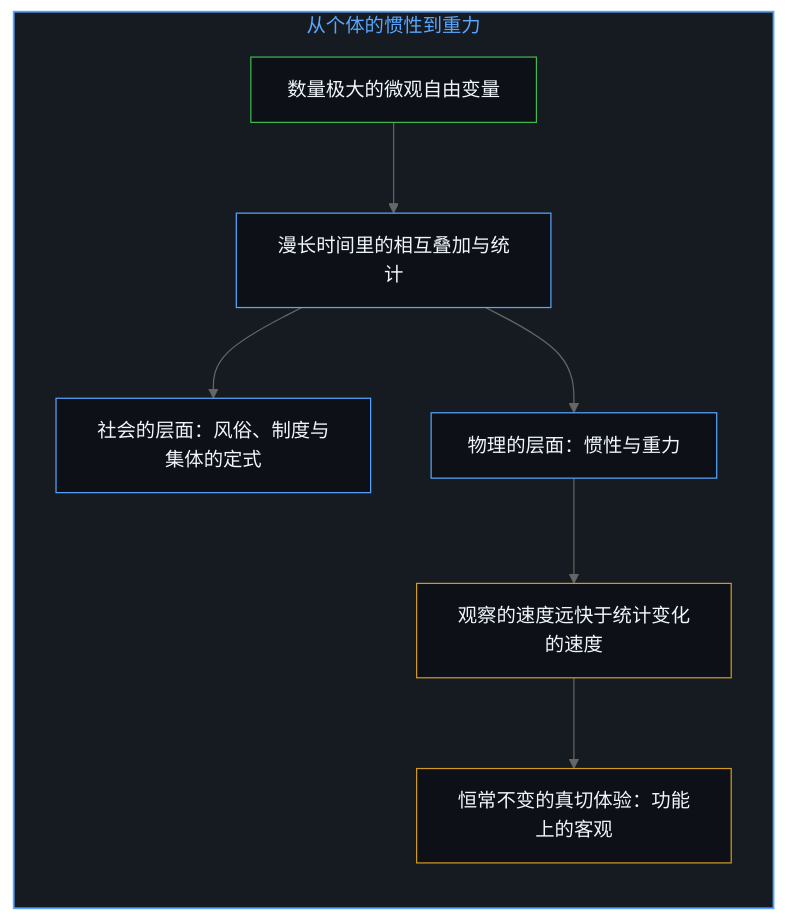
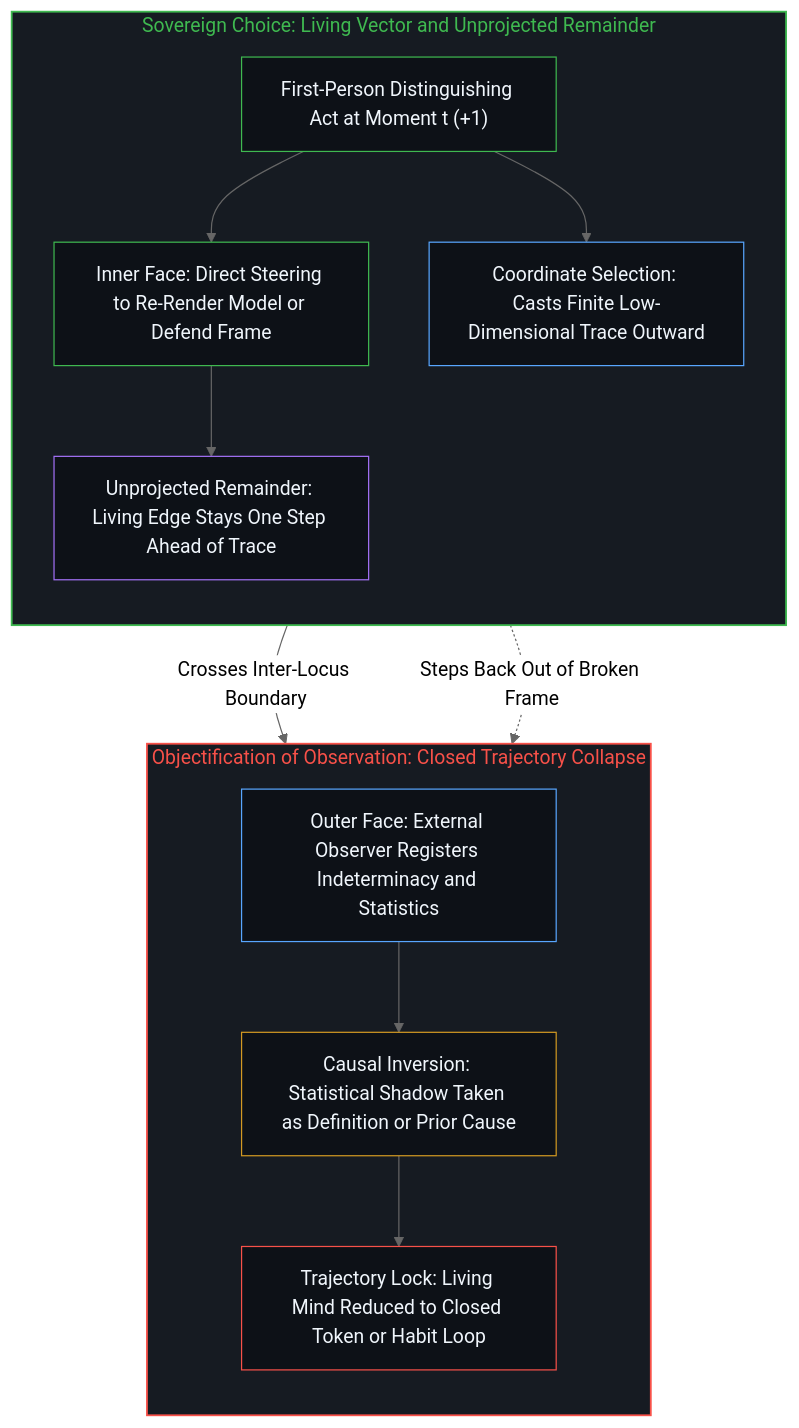
One commit to powerpig99/not-a-toe changed the second of 2 diagrams in content/posts/the-two-sided-nature-of-sovereign-choice-and-the-objectification-of-observation.md. Above: the diagram before and after it, drawn with Mermaid (neutral theme). The commit also changed other lines of this file and 2 other files, not shown here.

Commit message:
Refine L2 #48 & #49: the-dilution-of-the-causal-loop-and-the-misallocation-of-agency, the-two-sided-nature-of-sovereign-choice-and-the-objectification-of-observation (Wave 3 deep-sleep)

````diff
--- a/content/posts/the-two-sided-nature-of-sovereign-choice-and-the-objectification-of-observation.md
+++ b/content/posts/the-two-sided-nature-of-sovereign-choice-and-the-objectification-of-observation.md
@@ -271,25 +58,34 @@
 ```mermaid
 flowchart TD
-    subgraph S_Gravity["从个体的惯性到重力"]
+    subgraph S_Edge["Sovereign Choice: Living Vector and Unprojected Remainder"]
         direction TB
-        Free["数量极大的微观自由变量"]
-        Stack["漫长时间里的相互叠加与统计"]
-        Soc["社会的层面：风俗、制度与集体的定式"]
-        Phy["物理的层面：惯性与重力"]
-        Rate["观察的速度远快于统计变化的速度"]
-        Const["恒常不变的真切体验：功能上的客观"]
-        Free --> Stack
-        Stack --> Soc
-        Stack --> Phy
-        Phy --> Rate
-        Rate --> Const
+        Act["First-Person Distinguishing Act at Moment t (+1)"]
+        Steer["Inner Face: Direct Steering to Re-Render Model or Defend Frame"]
+        Proj["Coordinate Selection: Casts Finite Low-Dimensional Trace Outward"]
+        Rem["Unprojected Remainder: Living Edge Stays One Step Ahead of Trace"]
+        Act --> Steer
+        Act --> Proj
+        Steer --> Rem
     end
 
-    style S_Gravity fill:#161b22,stroke:#58a6ff,stroke-width:1.5px,color:#58a6ff
-    style Free fill:#0d1117,stroke:#3fb950,stroke-width:1px,color:#f0f6fc
-    style Stack fill:#0d1117,stroke:#58a6ff,stroke-width:1px,color:#f0f6fc
-    style Soc fill:#0d1117,stroke:#58a6ff,stroke-width:1px,color:#f0f6fc
-    style Phy fill:#0d1117,stroke:#58a6ff,stroke-width:1px,color:#f0f6fc
-    style Rate fill:#0d1117,stroke:#d29922,stroke-width:1px,color:#f0f6fc
-    style Const fill:#0d1117,stroke:#d29922,stroke-width:1px,color:#f0f6fc
+    subgraph S_Obj["Objectification of Observation: Closed Trajectory Collapse"]
+        direction TB
+        Out["Outer Face: External Observer Registers Indeterminacy and Statistics"]
+        Invert["Causal Inversion: Statistical Shadow Taken as Definition or Prior Cause"]
+        Closed["Trajectory Lock: Living Mind Reduced to Closed Token or Habit Loop"]
+        Out --> Invert --> Closed
+    end
+
+    Proj -->|"Crosses Inter-Locus Boundary"| Out
+    Rem -.->|"Steps Back Out of Broken Frame"| Out
+
+    style S_Edge fill:#161b22,stroke:#3fb950,stroke-width:1.5px,color:#3fb950
+    style S_Obj fill:#161b22,stroke:#f85149,stroke-width:1.5px,color:#f85149
+    style Act fill:#0d1117,stroke:#3fb950,stroke-width:1px,color:#f0f6fc
+    style Steer fill:#0d1117,stroke:#3fb950,stroke-width:1px,color:#f0f6fc
+    style Proj fill:#0d1117,stroke:#58a6ff,stroke-width:1px,color:#f0f6fc
+    style Rem fill:#0d1117,stroke:#a371f7,stroke-width:1px,color:#f0f6fc
+    style Out fill:#0d1117,stroke:#58a6ff,stroke-width:1px,color:#f0f6fc
+    style Invert fill:#0d1117,stroke:#d29922,stroke-width:1px,color:#f0f6fc
+    style Closed fill:#0d1117,stroke:#f85149,stroke-width:1px,color:#f0f6fc
 ```
````
